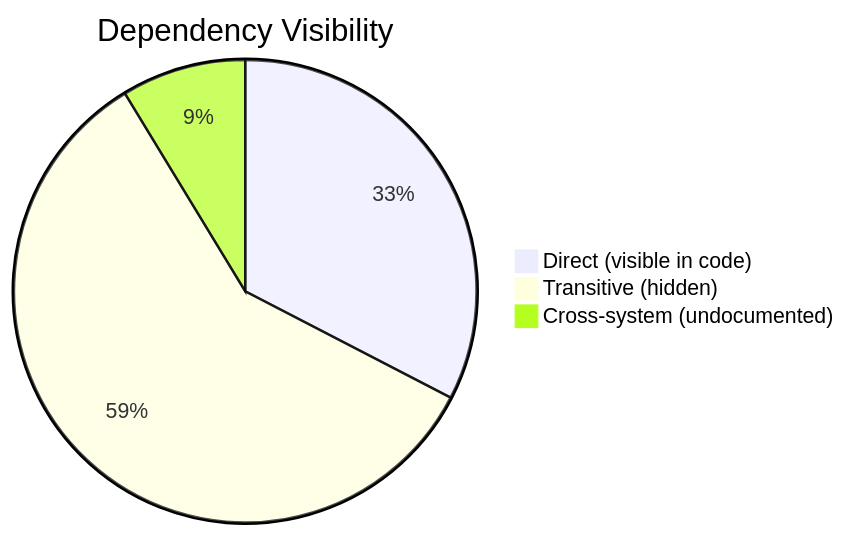
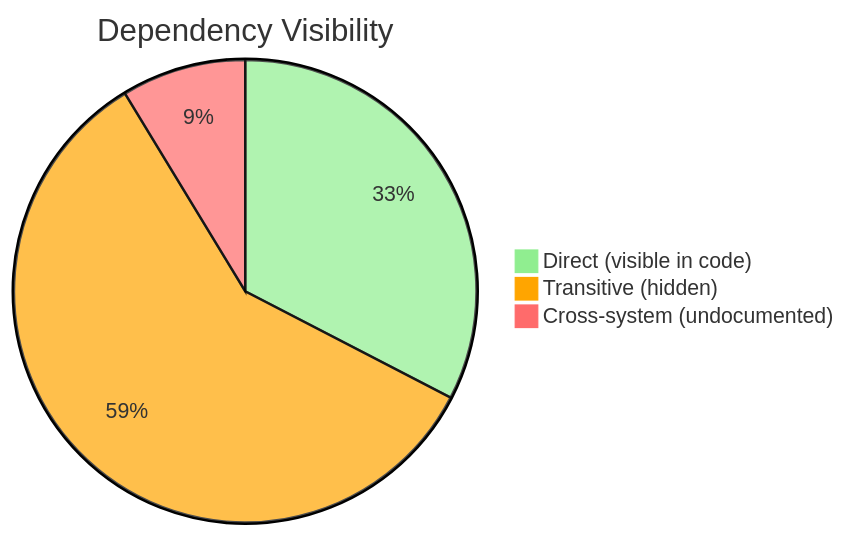
The sixth of 6 diagrams in docs/diagrams/transitive-chains.md (Lizo-RoadTown/PROVES_LIBRARY), drawn with Mermaid before and after one commit. The commit also changed 3 other files, not shown here.

First line of the commit message:
Fix pie chart visibility with custom color themes

````diff
--- a/docs/diagrams/transitive-chains.md
+++ b/docs/diagrams/transitive-chains.md
@@ -409,6 +409,7 @@
 ```mermaid
+%%{init: {'theme':'base', 'themeVariables': { 'pie1':'#90ee90', 'pie2':'#ffa500', 'pie3':'#ff6b6b'}}}%%
 pie title Dependency Visibility
     "Direct (visible in code)" : 15
     "Transitive (hidden)" : 27
     "Cross-system (undocumented)" : 4
 ```
````
